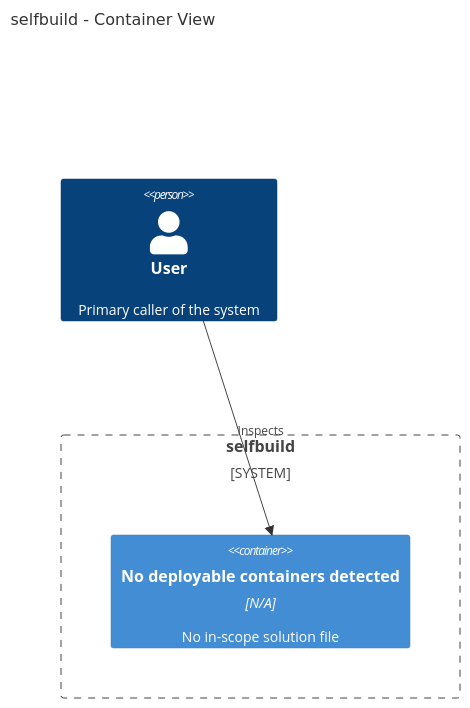
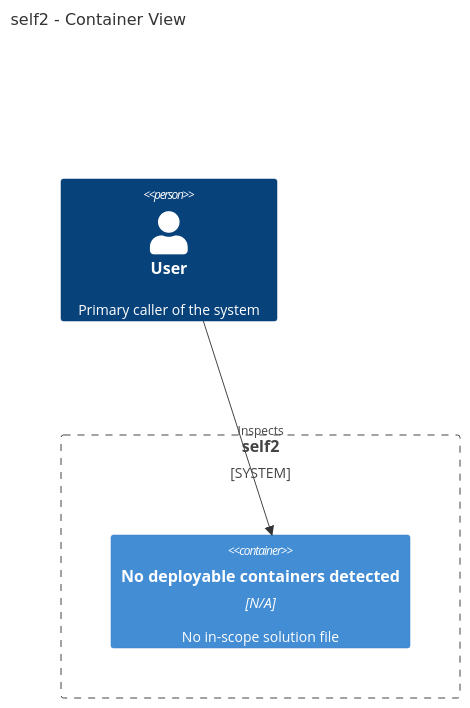
Before and after one commit to HeWhoRoams/AppDoc: the diagram in docs/diagrams/c4-container.md, drawn with Mermaid. The commit also changed other lines of this file and 169 other files, not shown here.

````diff
--- a/docs/diagrams/c4-container.md
+++ b/docs/diagrams/c4-container.md
@@ -14,9 +14,9 @@
 ```mermaid
 C4Container
-title selfbuild - Container View
+title self2 - Container View
 Person(user, "User", "Primary caller of the system")
-System_Boundary(system_boundary, "selfbuild") {
+System_Boundary(system_boundary, "self2") {
   Container(no_containers, "No deployable containers detected", "N/A", "No in-scope solution file")
 }
 Rel(user, no_containers, "Inspects")
 ```
````
